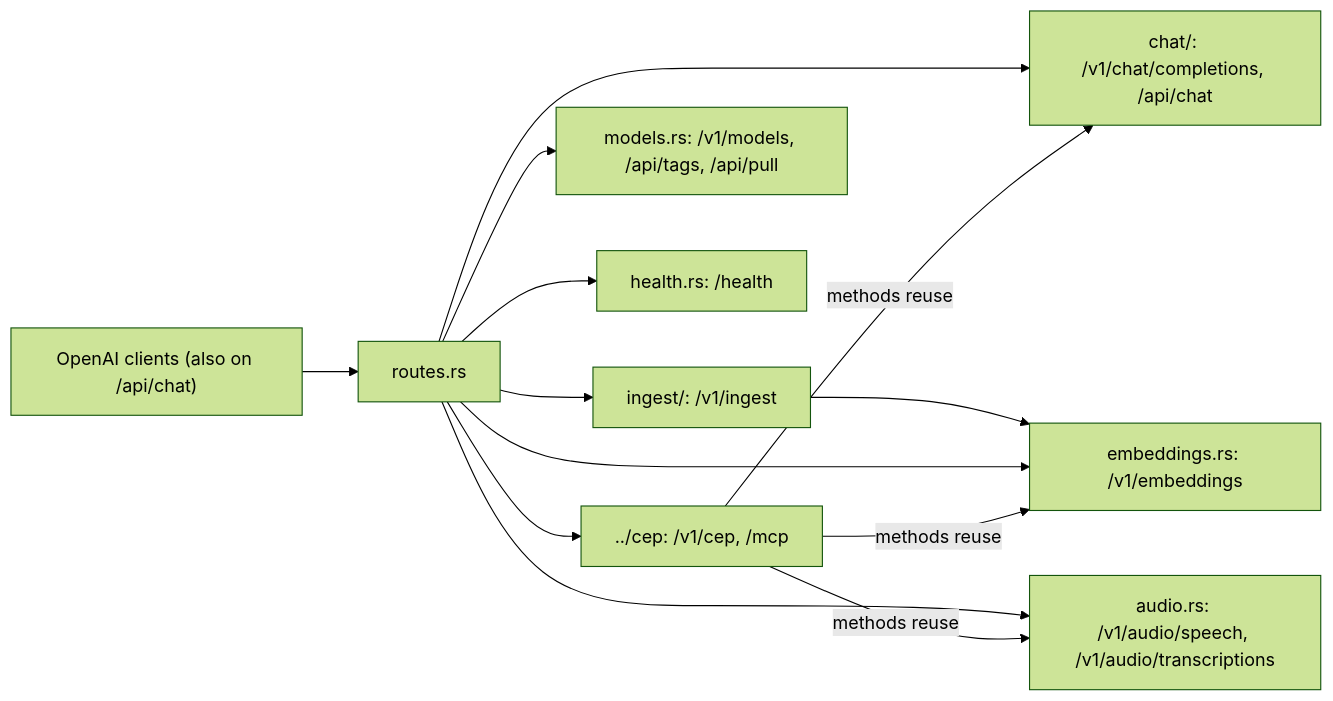
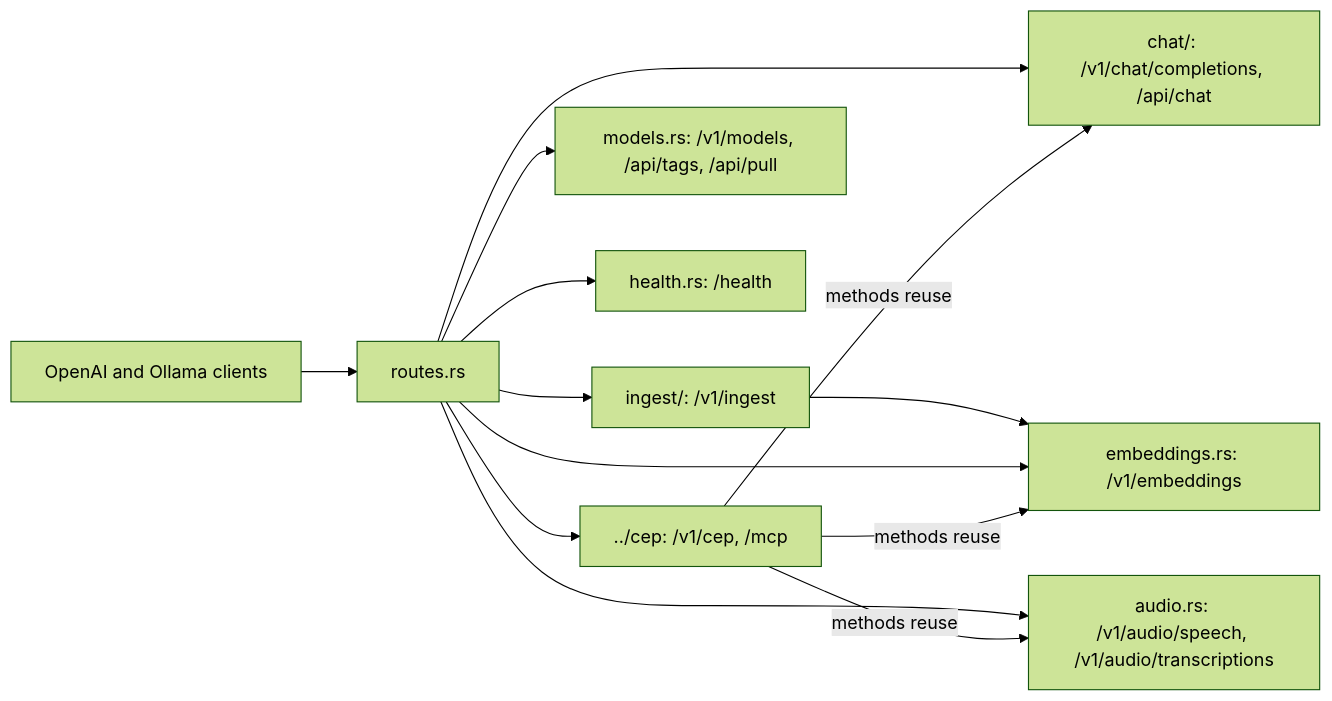
One commit to cluaiz/cluaiz changed the diagram in api/src/handlers/README.md. Above: the diagram before and after it, drawn with Mermaid (forest theme). The commit also changed other lines of this file and 20 other files, not shown here.

Commit message:
feat(api): Ollama's /api/chat, /api/generate, /api/embed and /api/version in Ollama's shape; the Ollama Python library works (run 36)

````diff
--- a/api/src/handlers/README.md
+++ b/api/src/handlers/README.md
@@ -7,15 +7,15 @@
 ```mermaid
 graph LR
-    Client["OpenAI clients (also on /api/chat)"] --> Router["routes.rs"]
+    Client["OpenAI and Ollama clients"] --> Router["routes.rs"]
     Router --> Chat["chat/: /v1/chat/completions, /api/chat"]
     Router --> Ingest["ingest/: /v1/ingest"]
     Ingest --> Emb["embeddings.rs: shared EmbeddingExecutor"]
     Router --> Emb["embeddings.rs: /v1/embeddings"]
     Router --> Audio["audio.rs: /v1/audio/speech, /v1/audio/transcriptions"]
     Router --> Models["models.rs: /v1/models, /api/tags, /api/pull"]
     Router --> Health["health.rs: /health"]
     Router --> CEP["../cep: /v1/cep, /mcp"]
     CEP -->|"methods reuse"| Chat
     CEP -->|"methods reuse"| Audio
     CEP -->|"methods reuse"| Emb
 ```
````
